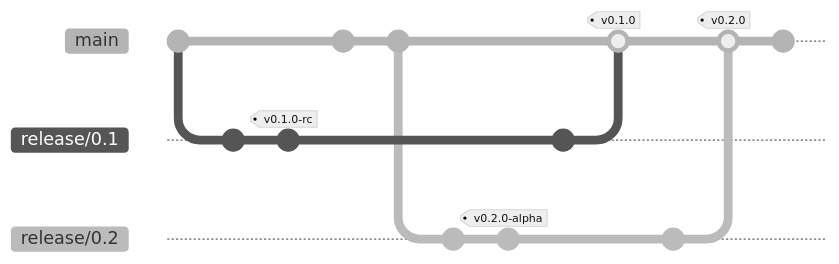
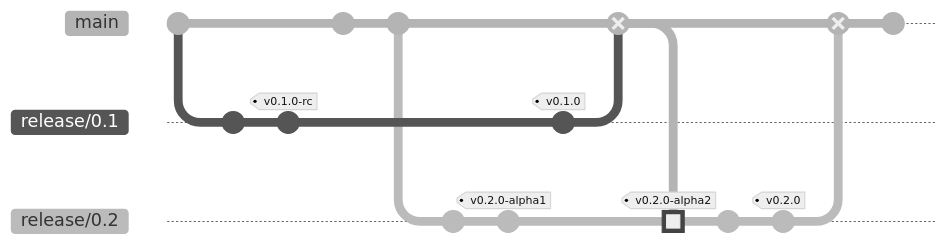
Before and after one commit to Hibex-Solutions/ModernGitWorkflow: the third of 3 diagrams in flows.md, drawn with Mermaid. The commit also changed other lines of this file, not shown here. Commit ids are hidden.

Commit message:
Atualiza fluxo incremental-release-flow

````diff
--- a/flows.md
+++ b/flows.md
@@ -67,26 +67,29 @@
 ```mermaid
 ---
 config:
   theme: 'neutral'
 ---
 gitGraph LR:
     commit
     branch "release/0.1"
     commit
     commit tag: "v0.1.0-rc"
-    checkout main
+    switch main
     commit
     commit
     branch "release/0.2"
     commit
-    commit tag: "v0.2.0-alpha"
-    checkout "release/0.1"
-    commit
-    checkout main
-    merge "release/0.1" tag: "v0.1.0"
-    checkout "release/0.2"
-    commit
-    checkout main
-    merge "release/0.2" tag: "v0.2.0"
+    commit tag: "v0.2.0-alpha1"
+    switch "release/0.1"
+    commit tag: "v0.1.0"
+    switch main
+    merge "release/0.1" type: REVERSE
+    switch "release/0.2"
+    merge main type: HIGHLIGHT tag: "v0.2.0-alpha2"
+    commit 
+    commit tag: "v0.2.0"
+    switch main
+    merge "release/0.2" type: REVERSE
+    switch main
     commit
 ```
````
